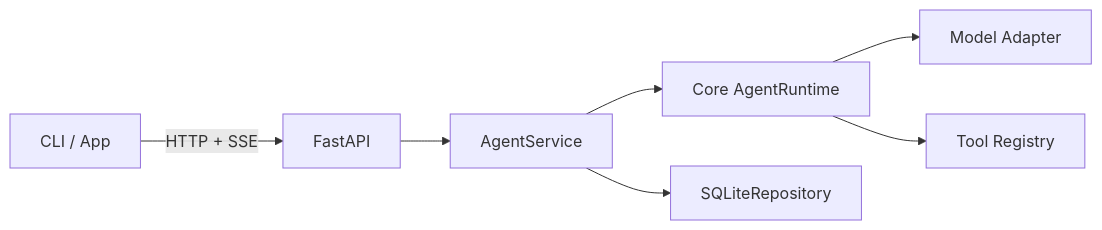
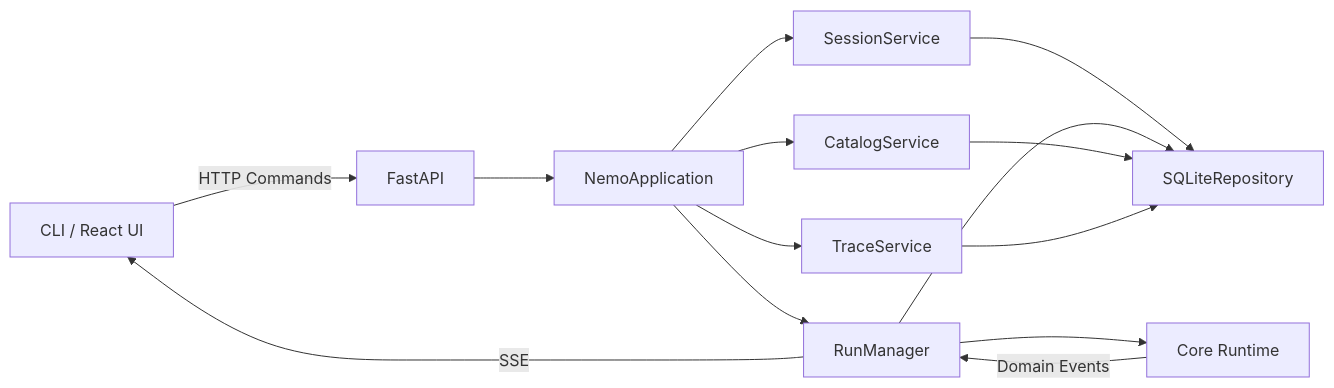
Before and after one commit to jiayu5/Nemo: the diagram in docs/design/server-and-persistence.md, drawn with Mermaid. The commit also changed other lines of this file and 60 other files, not shown here.

````diff
--- a/docs/design/server-and-persistence.md
+++ b/docs/design/server-and-persistence.md
@@ -12,9 +13,16 @@
 ```mermaid
 flowchart LR
-    CLIENT["CLI / App"] -->|"HTTP + SSE"| API["FastAPI"]
-    API --> SERVICE["AgentService"]
-    SERVICE --> RUNTIME["Core AgentRuntime"]
-    SERVICE --> STORE["SQLiteRepository"]
-    RUNTIME --> MODEL["Model Adapter"]
-    RUNTIME --> TOOLS["Tool Registry"]
+    Client["CLI / React UI"] -->|HTTP Commands| API["FastAPI"]
+    API --> App["NemoApplication"]
+    App --> Sessions["SessionService"]
+    App --> Runs["RunManager"]
+    App --> Catalog["CatalogService"]
+    App --> Trace["TraceService"]
+    Sessions --> Repo["SQLiteRepository"]
+    Runs --> Runtime["Core Runtime"]
+    Runs --> Repo
+    Catalog --> Repo
+    Trace --> Repo
+    Runtime -->|Domain Events| Runs
+    Runs -->|SSE| Client
 ```
````
